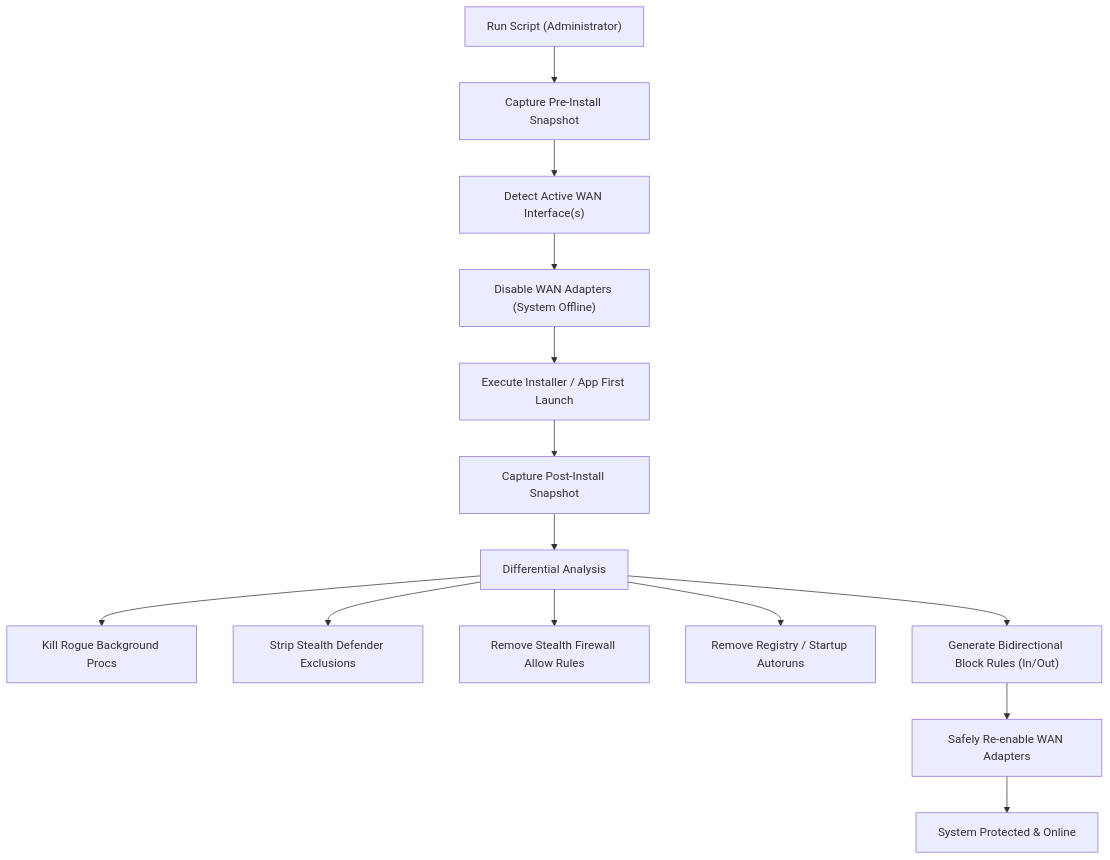
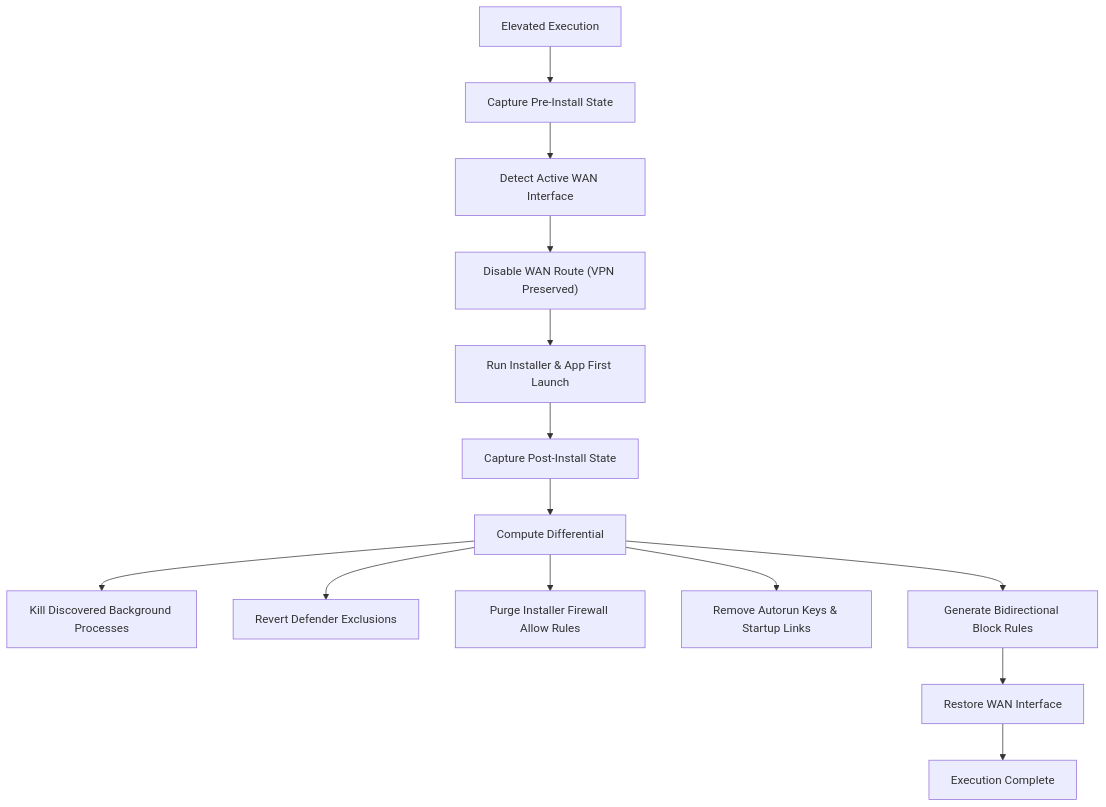
One commit to ghassanelgendy/windows-app-isolation changed the diagram in README.md. Above: the diagram before and after it, drawn with Mermaid. The commit also changed other lines of this file, not shown here.

````diff
--- a/README.md
+++ b/README.md
@@ -148,16 +131,16 @@
 ```mermaid
 flowchart TD
-    A["Run Script (Administrator)"] --> B["Capture Pre-Install Snapshot"]
-    B --> C["Detect Active WAN Interface(s)"]
-    C --> D["Disable WAN Adapters (System Offline)"]
-    D --> E["Execute Installer / App First Launch"]
-    E --> F["Capture Post-Install Snapshot"]
-    F --> G["Differential Analysis"]
-    G --> H["Kill Rogue Background Procs"]
-    G --> I["Strip Stealth Defender Exclusions"]
-    G --> J["Remove Stealth Firewall Allow Rules"]
-    G --> K["Remove Registry / Startup Autoruns"]
-    G --> L["Generate Bidirectional Block Rules (In/Out)"]
-    L --> M["Safely Re-enable WAN Adapters"]
-    M --> N["System Protected & Online"]
+    A["Elevated Execution"] --> B["Capture Pre-Install State"]
+    B --> C["Detect Active WAN Interface"]
+    C --> D["Disable WAN Route (VPN Preserved)"]
+    D --> E["Run Installer & App First Launch"]
+    E --> F["Capture Post-Install State"]
+    F --> G["Compute Differential"]
+    G --> H["Kill Discovered Background Processes"]
+    G --> I["Revert Defender Exclusions"]
+    G --> J["Purge Installer Firewall Allow Rules"]
+    G --> K["Remove Autorun Keys & Startup Links"]
+    G --> L["Generate Bidirectional Block Rules"]
+    L --> M["Restore WAN Interface"]
+    M --> N["Execution Complete"]
 ```
````
